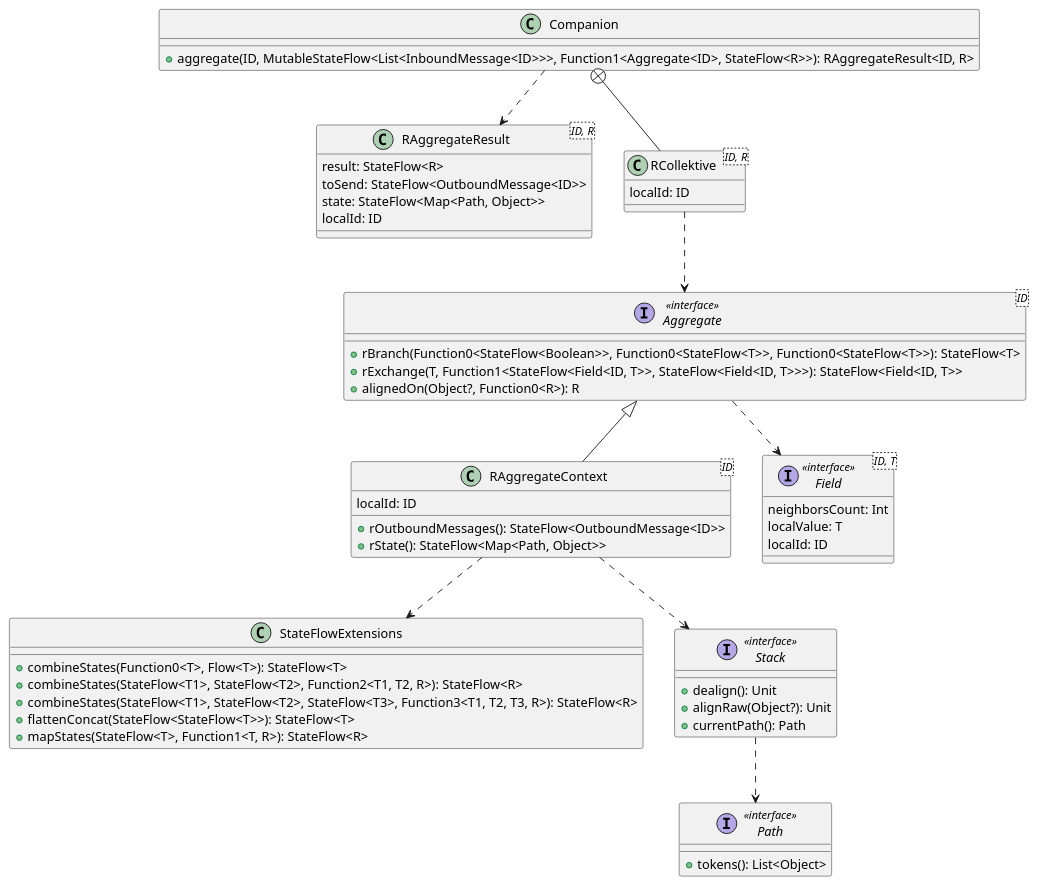
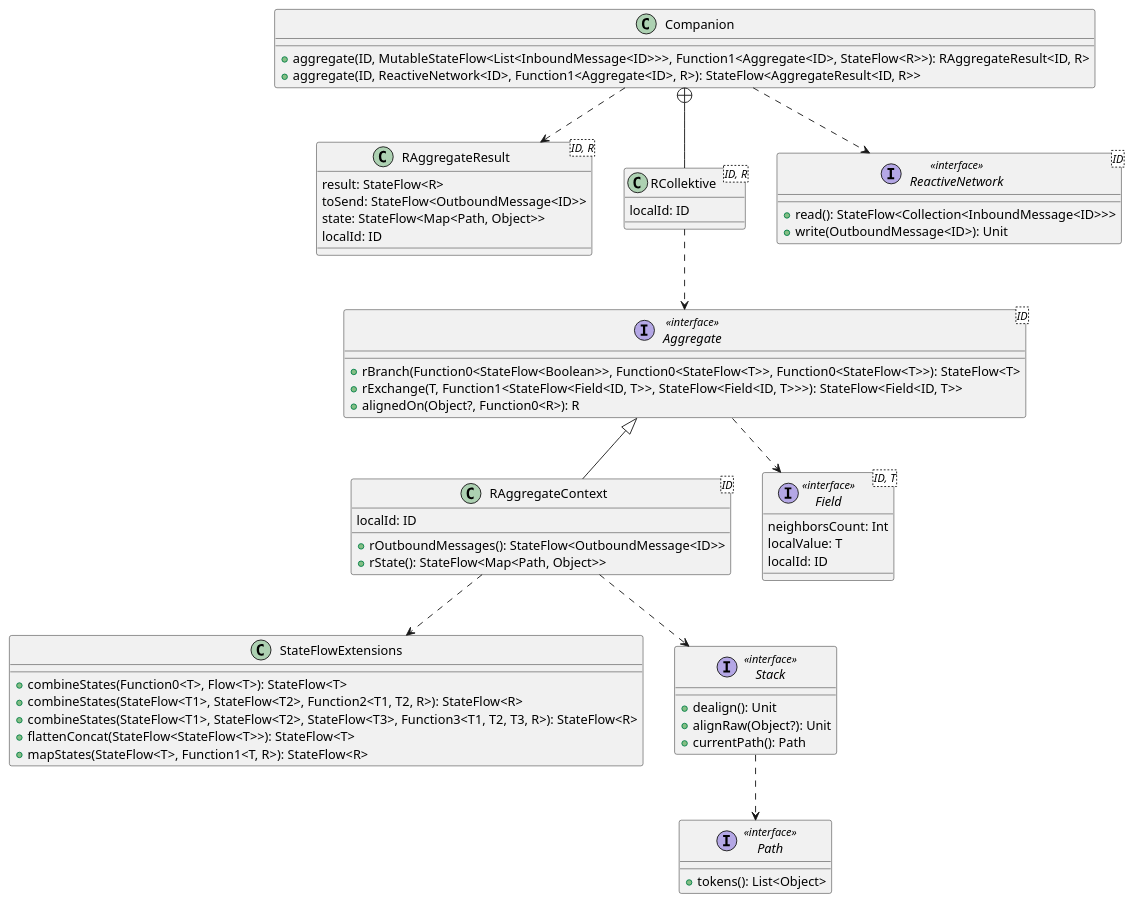
One commit to FilippoVissani/master-thesis changed the diagram in diagrams/collektive-prm-design.puml. Above: the diagram before and after it, drawn with PlantUML. The commit also changed 3 other files, not shown here.

Commit message:
refactor: improve diagrams

```diff
--- a/diagrams/collektive-prm-design.puml
+++ b/diagrams/collektive-prm-design.puml
@@ -1,63 +1,70 @@
 @startuml
 
 class StateFlowExtensions {
   + combineStates(Function0<T>, Flow<T>): StateFlow<T>
   + combineStates(StateFlow<T1>, StateFlow<T2>, Function2<T1, T2, R>): StateFlow<R>
   + combineStates(StateFlow<T1>, StateFlow<T2>, StateFlow<T3>, Function3<T1, T2, T3, R>): StateFlow<R>
   + flattenConcat(StateFlow<StateFlow<T>>): StateFlow<T>
   + mapStates(StateFlow<T>, Function1<T, R>): StateFlow<R>
 }
 
 interface Aggregate<ID> << interface >> {
   + rBranch(Function0<StateFlow<Boolean>>, Function0<StateFlow<T>>, Function0<StateFlow<T>>): StateFlow<T>
   + rExchange(T, Function1<StateFlow<Field<ID, T>>, StateFlow<Field<ID, T>>>): StateFlow<Field<ID, T>>
   + alignedOn(Object?, Function0<R>): R
 }
 
 class RAggregateContext<ID> {
     + rOutboundMessages(): StateFlow<OutboundMessage<ID>>
     + rState(): StateFlow<Map<Path, Object>>
     localId: ID
 }
 
 class RAggregateResult<ID, R> {
    result: StateFlow<R>
    toSend: StateFlow<OutboundMessage<ID>>
    state: StateFlow<Map<Path, Object>>
    localId: ID
 }
 
 class RCollektive<ID, R> {
    localId: ID
 }
 
+interface ReactiveNetwork<ID> << interface >> {
+  + read(): StateFlow<Collection<InboundMessage<ID>>>
+  + write(OutboundMessage<ID>): Unit
+}
+
 class Companion {
   + aggregate(ID, MutableStateFlow<List<InboundMessage<ID>>>, Function1<Aggregate<ID>, StateFlow<R>>): RAggregateResult<ID, R>
+  + aggregate(ID, ReactiveNetwork<ID>, Function1<Aggregate<ID>, R>): StateFlow<AggregateResult<ID, R>>
 }
 
 interface Stack << interface >> {
   + dealign(): Unit
   + alignRaw(Object?): Unit
   + currentPath(): Path
 }
 
 interface Path << interface >> {
   + tokens(): List<Object>
 }
 
 interface Field<ID, T> << interface >> {
    neighborsCount: Int
    localValue: T
    localId: ID
 }
 
 Companion +-- RCollektive
 RAggregateContext -up-|> Aggregate
 Stack ..> Path
 RAggregateContext ..> Stack
 RAggregateContext ..> StateFlowExtensions
 Aggregate ..> Field
 RCollektive ..> Aggregate
 Companion ..> RAggregateResult
+Companion ..> ReactiveNetwork
 
 @enduml
```
